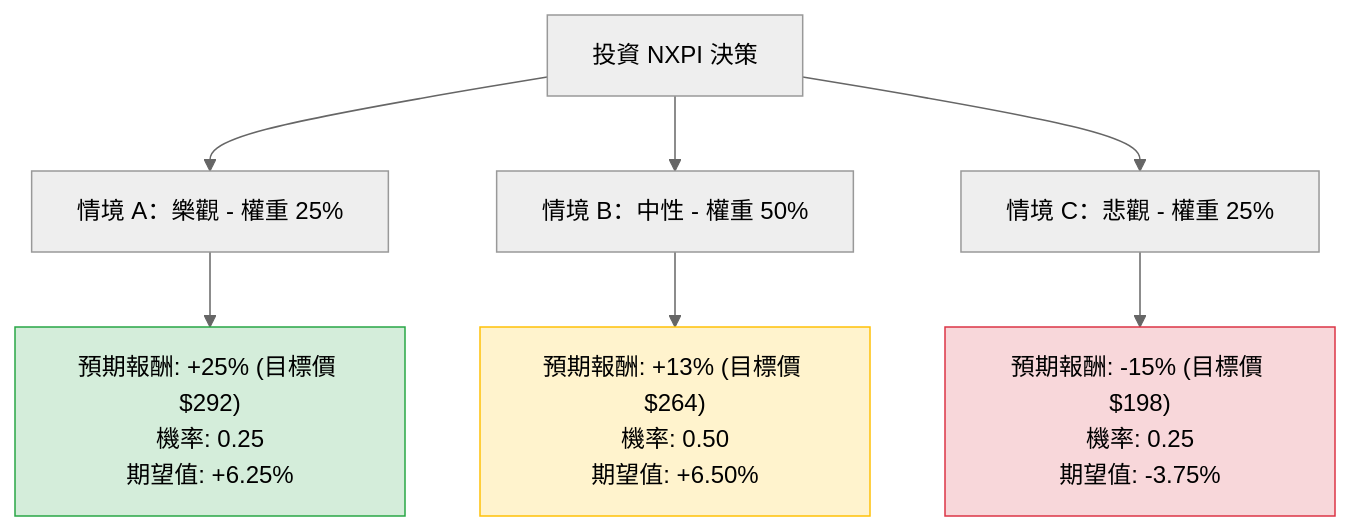
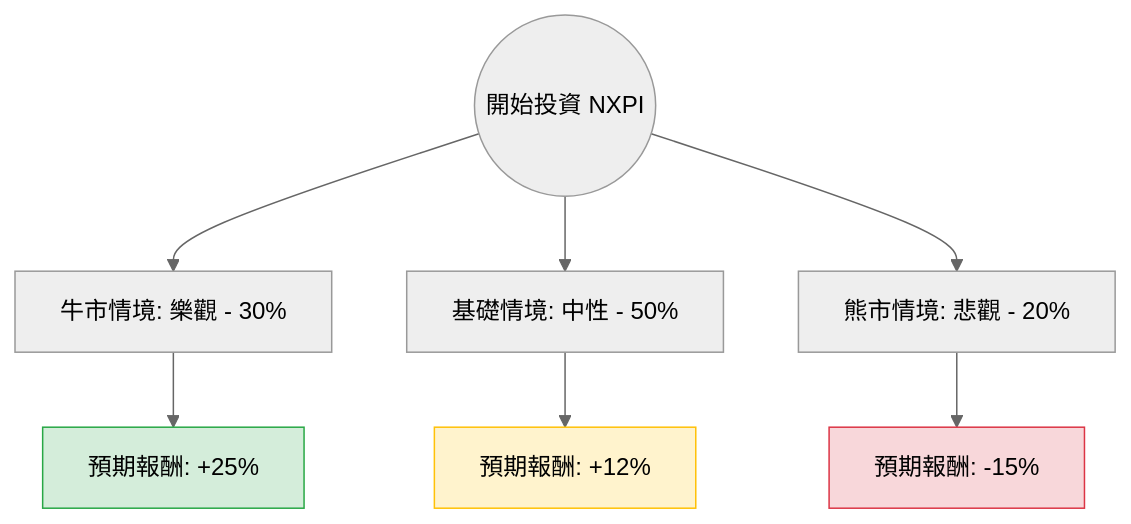
Before and after one commit to zmcx16/zmcx16.github.io: the diagram in plugin-react/ai-analysis/ev-analysis/NXPI.md, drawn with Mermaid (neutral theme). The commit also changed other lines of this file and 76 other files, not shown here.

````diff
--- a/plugin-react/ai-analysis/ev-analysis/NXPI.md
+++ b/plugin-react/ai-analysis/ev-analysis/NXPI.md
@@ -19,14 +22,14 @@
 ```mermaid
 graph TD
-    Start[投資 NXPI 決策] --> Bull[情境 A：樂觀 - 權重 25%]
-    Start --> Base[情境 B：中性 - 權重 50%]
-    Start --> Bear[情境 C：悲觀 - 權重 25%]
+    Start((開始投資 NXPI)) --> Bull[牛市情境: 樂觀 - 30%]
+    Start --> Base[基礎情境: 中性 - 50%]
+    Start --> Bear[熊市情境: 悲觀 - 20%]
 
-    Bull --> Bull_Detail["預期報酬: +25% (目標價 $292)<br/>機率: 0.25<br/>期望值: +6.25%"]
-    Base --> Base_Detail["預期報酬: +13% (目標價 $264)<br/>機率: 0.50<br/>期望值: +6.50%"]
-    Bear --> Bear_Detail["預期報酬: -15% (目標價 $198)<br/>機率: 0.25<br/>期望值: -3.75%"]
+    Bull --> Bull_EV[預期報酬: +25%]
+    Base --> Base_EV[預期報酬: +12%]
+    Bear --> Bear_EV[預期報酬: -15%]
 
-    style Bull_Detail fill:#d4edda,stroke:#28a745
-    style Base_Detail fill:#fff3cd,stroke:#ffc107
-    style Bear_Detail fill:#f8d7da,stroke:#dc3545
+    style Bull_EV fill:#d4edda,stroke:#28a745
+    style Base_EV fill:#fff3cd,stroke:#ffc107
+    style Bear_EV fill:#f8d7da,stroke:#dc3545
 ```
````
